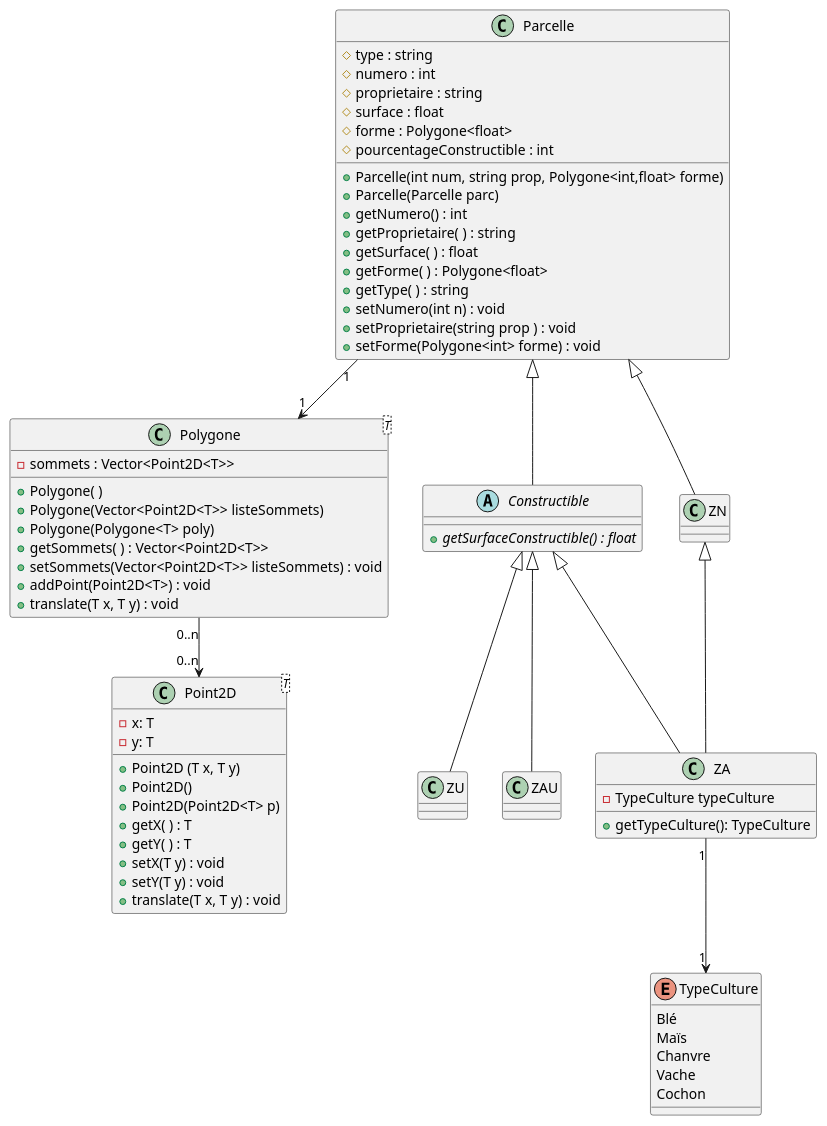
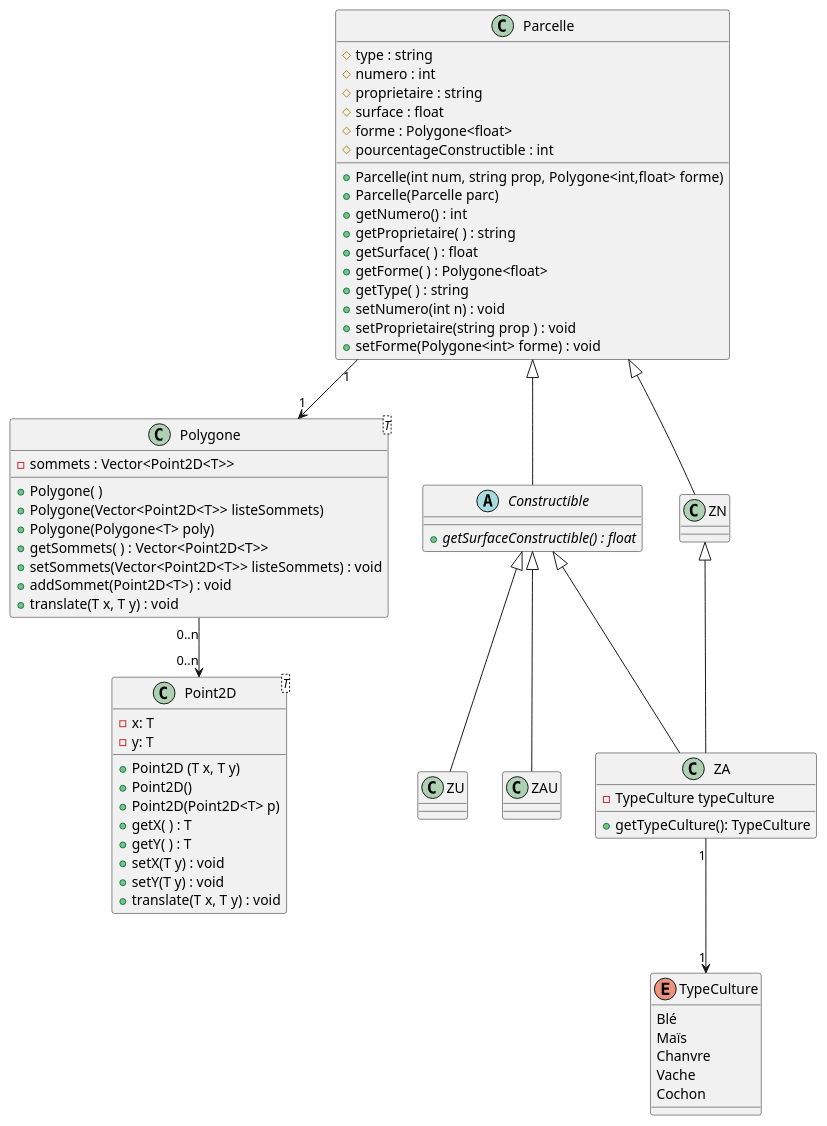
The diagram in doc/ClassDiagram.puml (ECN-SEC-SMP/tp4-not-damien_simon_titouan_louis), drawn with PlantUML before and after one commit. The commit also changed 1 other file, not shown here.

```diff
--- a/doc/ClassDiagram.puml
+++ b/doc/ClassDiagram.puml
@@ -1,82 +1,82 @@
 @startuml Class Diagram
 
 class Point2D <T> {
     - x: T
     - y: T
 
     + Point2D (T x, T y)
     + Point2D()
     + Point2D(Point2D<T> p)
     + getX( ) : T
     + getY( ) : T
     + setX(T y) : void
     + setY(T y) : void
     + translate(T x, T y) : void
 }
 
 class Polygone <T> {
     - sommets : Vector<Point2D<T>>
 
     + Polygone( )
     + Polygone(Vector<Point2D<T>> listeSommets)
     + Polygone(Polygone<T> poly)
     + getSommets( ) : Vector<Point2D<T>>
     + setSommets(Vector<Point2D<T>> listeSommets) : void
-    + addPoint(Point2D<T>) : void
+    + addSommet(Point2D<T>) : void
     + translate(T x, T y) : void
 }
 
 
 class Parcelle {
     # type : string
     # numero : int
     # proprietaire : string
     # surface : float
     # forme : Polygone<float>
     # pourcentageConstructible : int
 
     + Parcelle(int num, string prop, Polygone<int,float> forme)
     + Parcelle(Parcelle parc)
     + getNumero() : int
     + getProprietaire( ) : string
     + getSurface( ) : float
     + getForme( ) : Polygone<float>
     + getType( ) : string
     + setNumero(int n) : void
     + setProprietaire(string prop ) : void
     + setForme(Polygone<int> forme) : void
 }
 
 abstract class Constructible extends Parcelle {
     {abstract} + getSurfaceConstructible() : float
 }
 
 class ZU extends Constructible {}
 
 class ZAU extends Constructible {}
 
 class ZN extends Parcelle {}
 
 class ZA extends ZN, Constructible {
     - TypeCulture typeCulture
     + getTypeCulture(): TypeCulture
 }
 
 enum TypeCulture {
     Blé
     Maïs
     Chanvre
     Vache
     Cochon
 }
 
 
 
 Polygone "0..n" --> "0..n" Point2D
 Parcelle "1" --> "1" Polygone
 
 ZA "1" --> "1" TypeCulture
 
 
 
 @enduml
```
